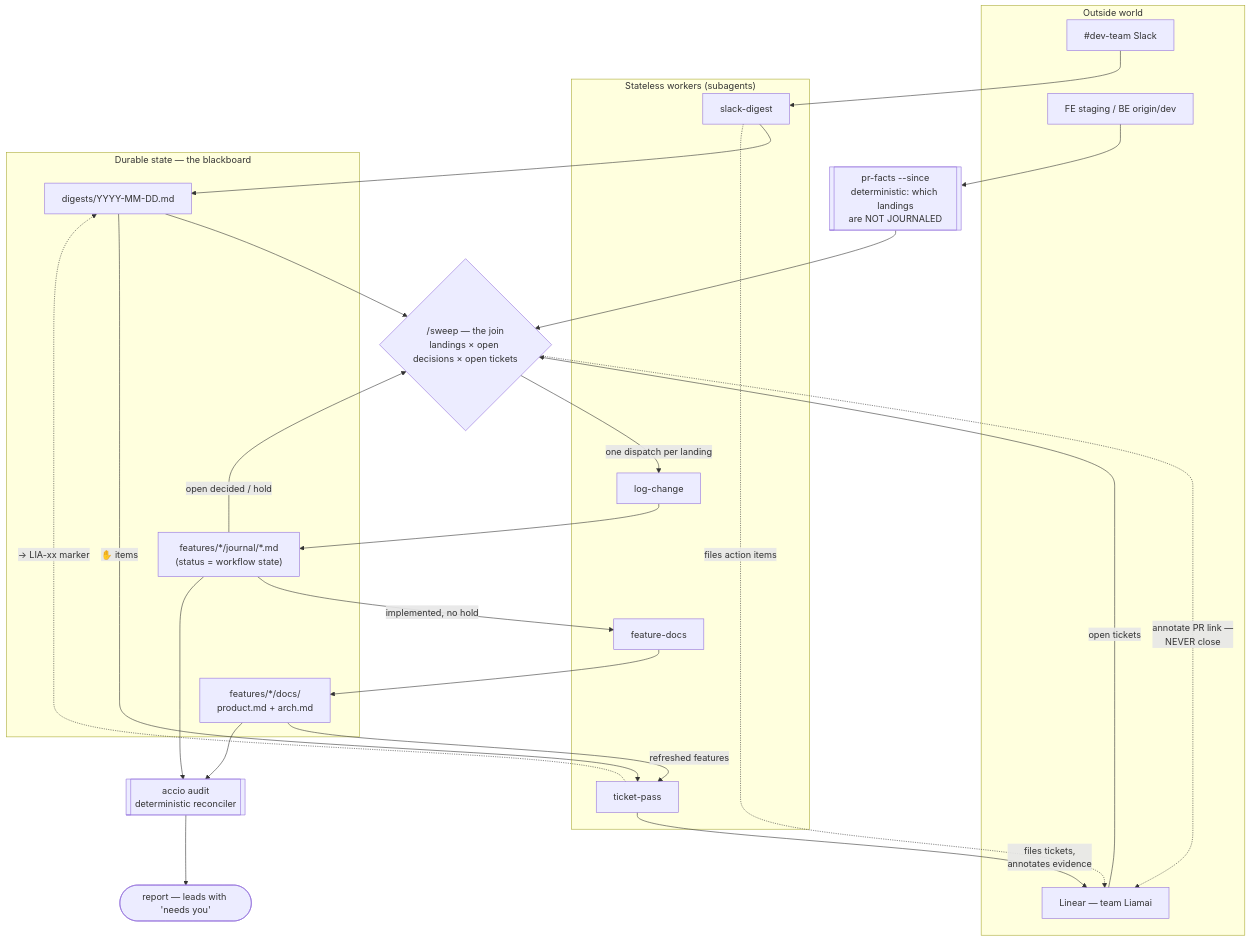
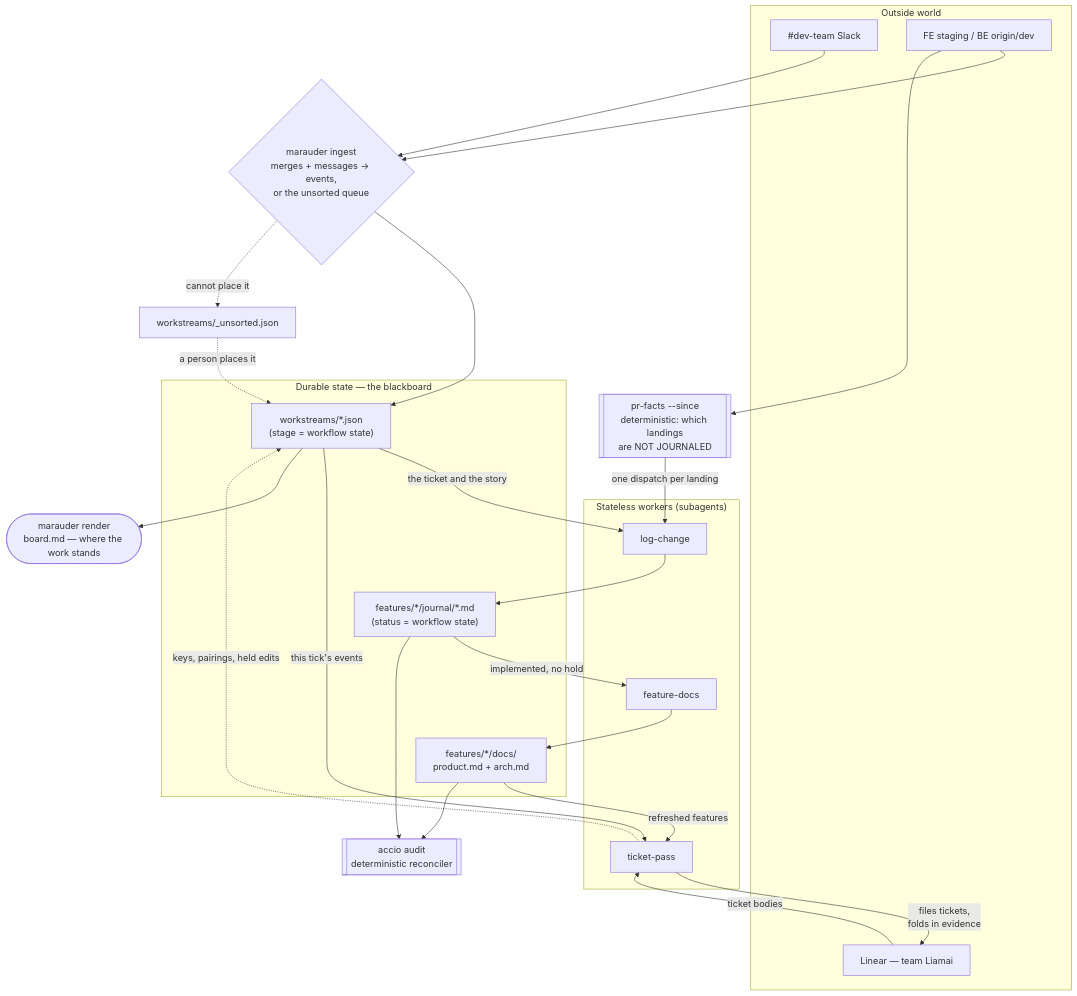
The second of 4 diagrams in apps/argus/README.md (d0nwong/citadel), drawn with Mermaid before and after one commit. The commit also changed other lines of this file and 13 other files, not shown here.

````diff
--- a/apps/argus/README.md
+++ b/apps/argus/README.md
@@ -77,43 +80,43 @@
 ```mermaid
 flowchart TB
     subgraph world["Outside world"]
         slack["#dev-team Slack"]
         linear["Linear — team Liamai"]
         staging["FE staging / BE origin/dev"]
     end
 
     subgraph workers["Stateless workers (subagents)"]
-        sd["slack-digest"]
         lc["log-change"]
         fd["feature-docs"]
         tp["ticket-pass"]
     end
 
     subgraph blackboard["Durable state — the blackboard"]
-        digest["digests/YYYY-MM-DD.md"]
+        ws["workstreams/*.json<br/>(stage = workflow state)"]
         journal["features/*/journal/*.md<br/>(status = workflow state)"]
         docs["features/*/docs/<br/>product.md + arch.md"]
     end
 
     prfacts[["pr-facts --since<br/>deterministic: which landings<br/>are NOT JOURNALED"]]
     audit[["accio audit<br/>deterministic reconciler"]]
-    join{"/sweep — the join<br/>landings × open decisions × open tickets"}
-    report(["report — leads with 'needs you'"])
+    ingest{"marauder ingest<br/>merges + messages → events,<br/>or the unsorted queue"}
+    board(["marauder render<br/>board.md — where the work stands"])
 
-    slack --> sd --> digest
-    sd -. "files action items" .-> linear
-    staging --> prfacts --> join
-    digest --> join
-    linear -- "open tickets" --> join
-    journal -- "open decided / hold" --> join
-    join -. "annotate PR link —<br/>NEVER close" .-> linear
-    join -- "one dispatch per landing" --> lc --> journal
+    slack --> ingest
+    staging --> ingest
+    staging --> prfacts
+    ingest --> ws
+    ingest -. "cannot place it" .-> queue["workstreams/_unsorted.json"]
+    queue -. "a person places it" .-> ws
+    prfacts -- "one dispatch per landing" --> lc --> journal
+    ws -- "the ticket and the story" --> lc
     journal -- "implemented, no hold" --> fd --> docs
-    digest -- "✋ items" --> tp
+    ws -- "this tick's events" --> tp
     docs -- "refreshed features" --> tp
-    tp -- "files tickets,<br/>annotates evidence" --> linear
-    tp -. "→ LIA-xx marker" .-> digest
+    tp -- "files tickets,<br/>folds in evidence" --> linear
+    tp -. "keys, pairings, held edits" .-> ws
+    linear -- "ticket bodies" --> tp
     journal --> audit
     docs --> audit
-    audit --> report
+    ws --> board
 ```
````
